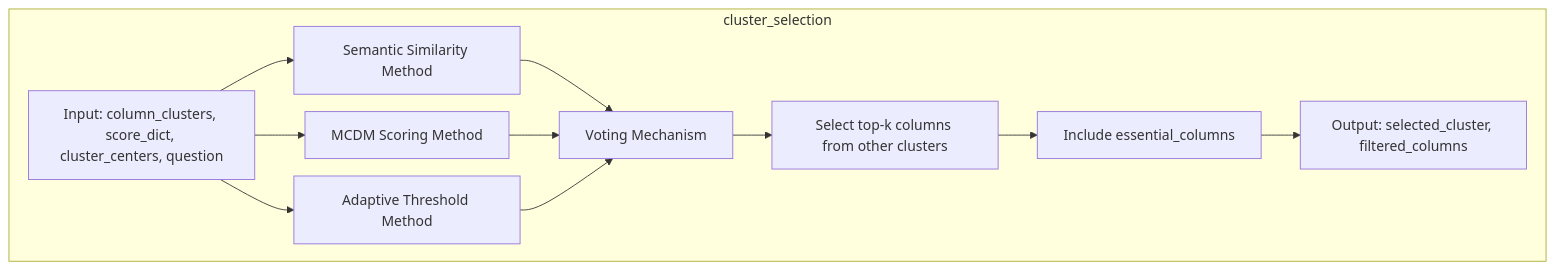
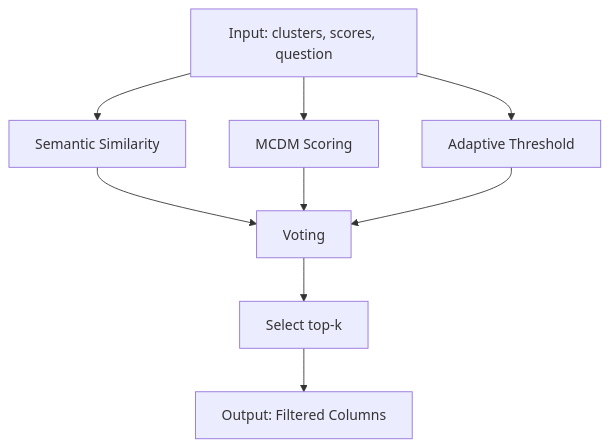
The fourth of 5 diagrams in README.md (torijune/ATF-Adaptive-Table-Filtering-Framework), drawn with Mermaid before and after one commit. The commit also changed other lines of this file, not shown here.

````diff
--- a/README.md
+++ b/README.md
@@ -122,24 +112,12 @@
 ```mermaid
-%%{init: {'theme':'default', 'flowchart': {'nodeSpacing': 20, 'rankSpacing': 20}}}%%
 graph TD
-    subgraph cluster_selection
-        B1[Input: column_clusters, score_dict, cluster_centers, question]
-        B2[Semantic Similarity Method]
-        B3[MCDM Scoring Method]
-        B4[Adaptive Threshold Method]
-        B5[Voting Mechanism]
-        B6[Select top-k columns from other clusters]
-        B7[Include essential_columns]
-        B8[Output: selected_cluster, filtered_columns]
-        
-        B1 --> B2
-        B1 --> B3
-        B1 --> B4
-        B2 --> B5
-        B3 --> B5
-        B4 --> B5
-        B5 --> B6
-        B6 --> B7
-        B7 --> B8
-    end
+    B1[Input: clusters, scores, question]
+    B1 --> B2[Semantic Similarity]
+    B1 --> B3[MCDM Scoring]
+    B1 --> B4[Adaptive Threshold]
+    B2 --> B5[Voting]
+    B3 --> B5
+    B4 --> B5
+    B5 --> B6[Select top-k]
+    B6 --> B7[Output: Filtered Columns]
 ```
````
